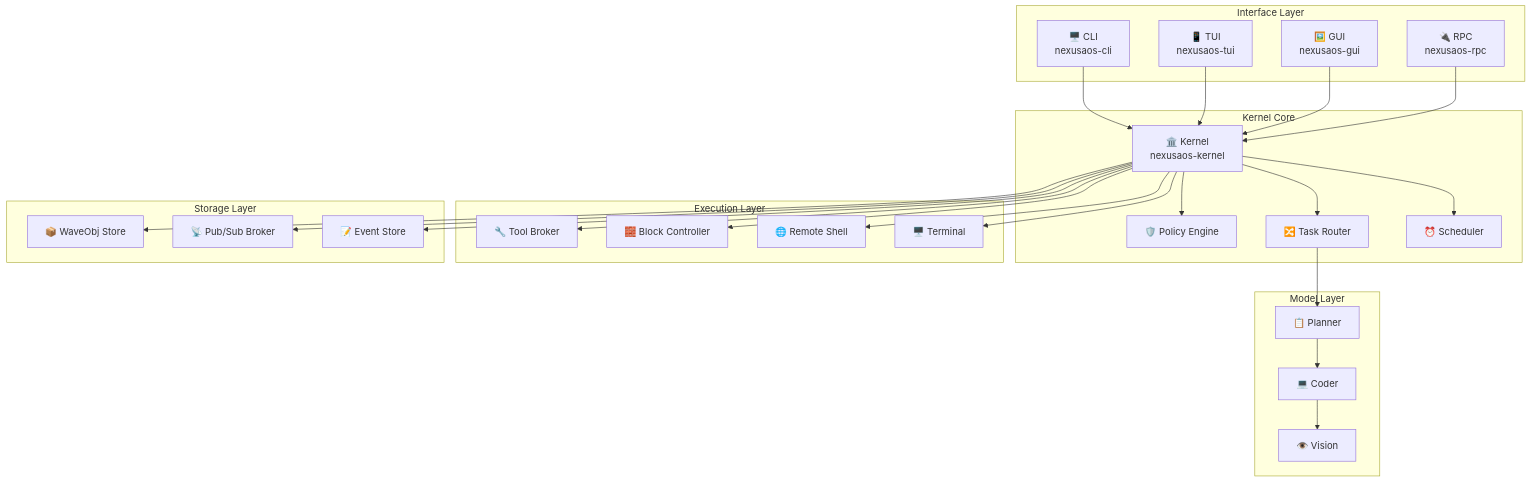
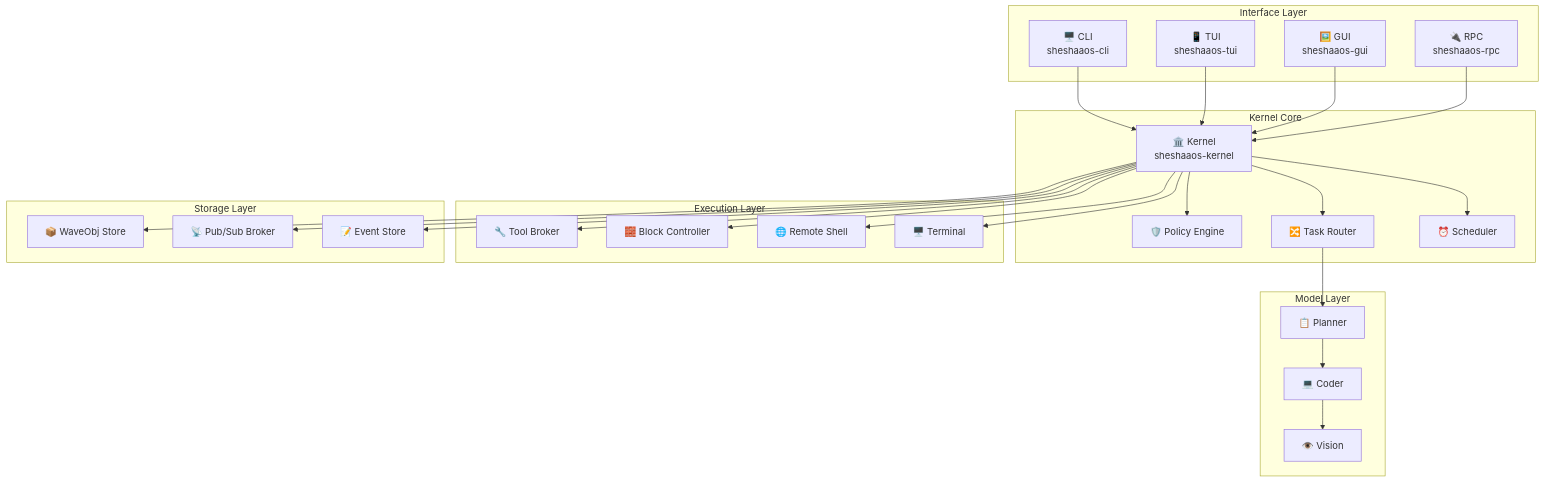
One commit to gaganjainse/SheshAOS changed the first of 5 diagrams in README.md. Above: the diagram before and after it, drawn with Mermaid. The commit also changed other lines of this file and 214 other files, not shown here.

````diff
--- a/README.md
+++ b/README.md
@@ -68,57 +68,57 @@
 ```mermaid
 graph TB
     subgraph "Interface Layer"
-        CLI["🖥️ CLI<br/>nexusaos-cli"]
-        TUI["📱 TUI<br/>nexusaos-tui"]
-        GUI["🖼️ GUI<br/>nexusaos-gui"]
-        RPC["🔌 RPC<br/>nexusaos-rpc"]
+        CLI["🖥️ CLI<br/>sheshaaos-cli"]
+        TUI["📱 TUI<br/>sheshaaos-tui"]
+        GUI["🖼️ GUI<br/>sheshaaos-gui"]
+        RPC["🔌 RPC<br/>sheshaaos-rpc"]
     end
 
     subgraph "Kernel Core"
-        K["🏛️ Kernel<br/>nexusaos-kernel"]
+        K["🏛️ Kernel<br/>sheshaaos-kernel"]
         P["🛡️ Policy Engine"]
         R["🔀 Task Router"]
         S["⏰ Scheduler"]
     end
 
     subgraph "Model Layer"
         PL["📋 Planner"]
         CO["💻 Coder"]
         VI["👁️ Vision"]
     end
 
     subgraph "Execution Layer"
         T["🔧 Tool Broker"]
         B["🧱 Block Controller"]
         RM["🌐 Remote Shell"]
         TE["🖥️ Terminal"]
     end
 
     subgraph "Storage Layer"
         WO["📦 WaveObj Store"]
         WP["📡 Pub/Sub Broker"]
         ES["📝 Event Store"]
     end
 
     CLI --> K
     TUI --> K
     GUI --> K
     RPC --> K
 
     K --> P
     K --> R
     K --> S
 
     R --> PL
     PL --> CO
     CO --> VI
 
     K --> T
     K --> B
     K --> RM
     K --> TE
 
     K --> WO
     K --> WP
     K --> ES
 ```
````
